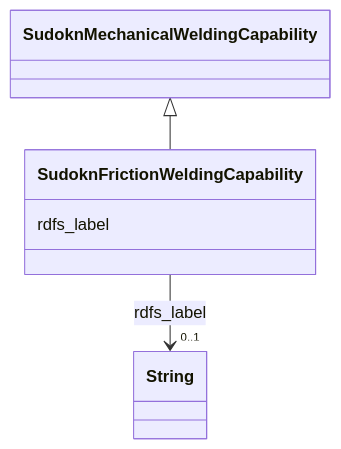
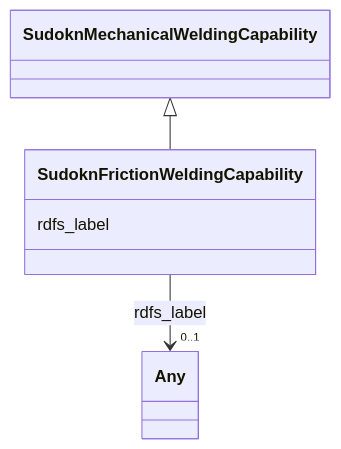
The diagram in sudokn-kg/classes/SudoknFrictionWeldingCapability.md (frink-okn/graph-descriptions), drawn with Mermaid before and after one commit. The commit also changed other lines of this file and 903 other files, not shown here.

````diff
--- a/sudokn-kg/classes/SudoknFrictionWeldingCapability.md
+++ b/sudokn-kg/classes/SudoknFrictionWeldingCapability.md
@@ -23,18 +16,18 @@
 ```mermaid
  classDiagram
     class SudoknFrictionWeldingCapability
     click SudoknFrictionWeldingCapability href "../SudoknFrictionWeldingCapability"
       SudoknMechanicalWeldingCapability <|-- SudoknFrictionWeldingCapability
         click SudoknMechanicalWeldingCapability href "../SudoknMechanicalWeldingCapability"
       
       SudoknFrictionWeldingCapability : rdfs_label
         
           
     
     
-    SudoknFrictionWeldingCapability --> "0..1" String : rdfs_label
-    click String href "../String"
+    SudoknFrictionWeldingCapability --> "0..1" Any : rdfs_label
+    click Any href "../Any"
 
         
       
 ```
````
